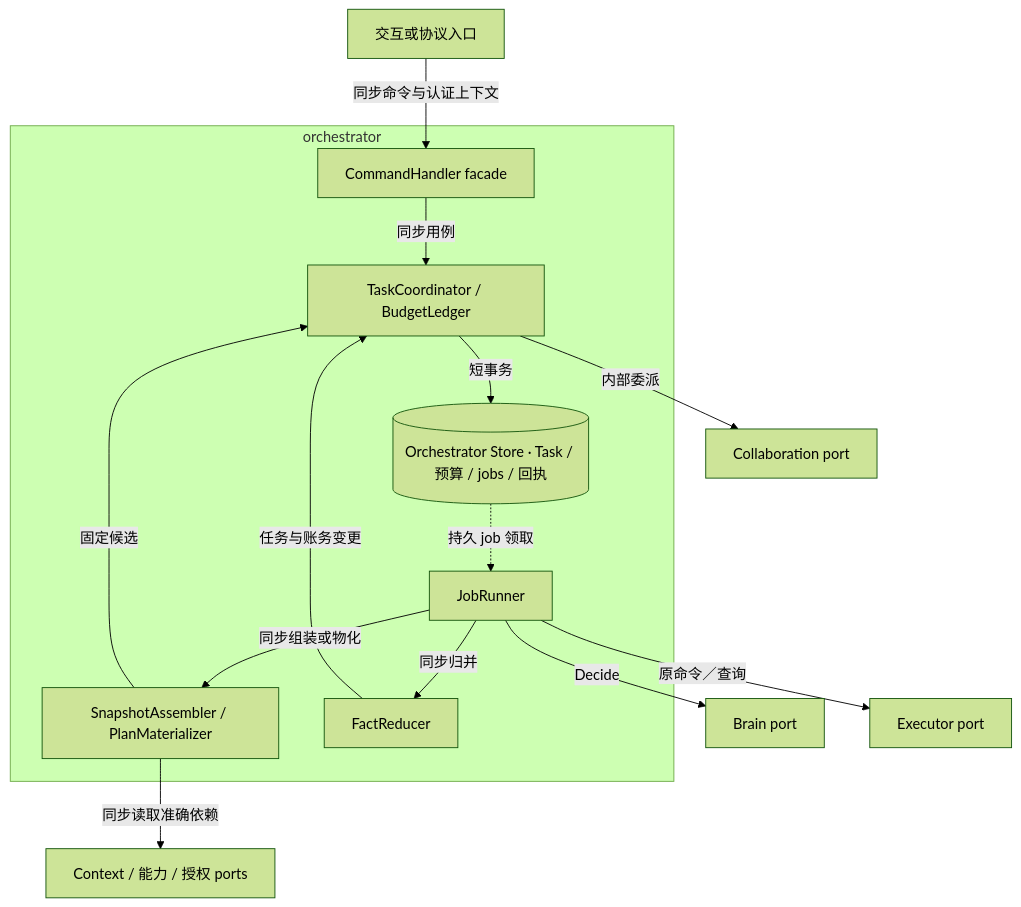
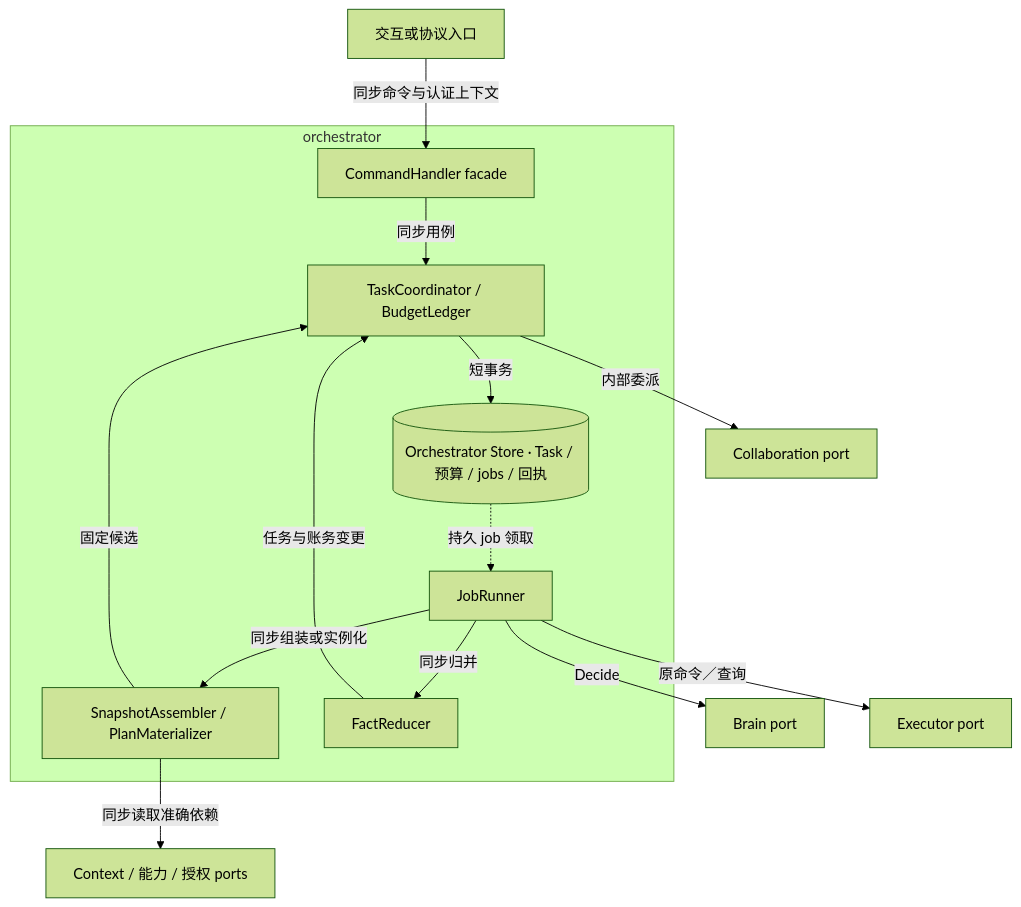
One commit to ruipengliu/lerna changed the first of 4 diagrams in docs/architecture/orchestrator/implementation.md. Above: the diagram before and after it, drawn with Mermaid (forest theme). The commit also changed other lines of this file and 205 other files, not shown here.

Commit message:
docs: unify architecture terminology

````diff
--- a/docs/architecture/orchestrator/implementation.md
+++ b/docs/architecture/orchestrator/implementation.md
@@ -14,17 +14,17 @@
 ```mermaid
 flowchart TB
     U[交互或协议入口] -->|同步命令与认证上下文| I
     subgraph RT[orchestrator]
       I[CommandHandler facade] -->|同步用例| C[TaskCoordinator / BudgetLedger]
-      W[JobRunner] -->|同步组装或物化| P[SnapshotAssembler / PlanMaterializer]
+      W[JobRunner] -->|同步组装或实例化| P[SnapshotAssembler / PlanMaterializer]
       P -->|固定候选| C
       W -->|同步归并| F[FactReducer]
       F -->|任务与账务变更| C
       C -->|短事务| T[(Orchestrator Store · Task / 预算 / jobs / 回执)]
       T -.->|持久 job 领取| W
     end
     P -->|同步读取准确依赖| K[Context / 能力 / 授权 ports]
     W -->|Decide| B[Brain port]
     W -->|原命令／查询| E[Executor port]
     C -->|内部委派| D[Collaboration port]
 ```
````
